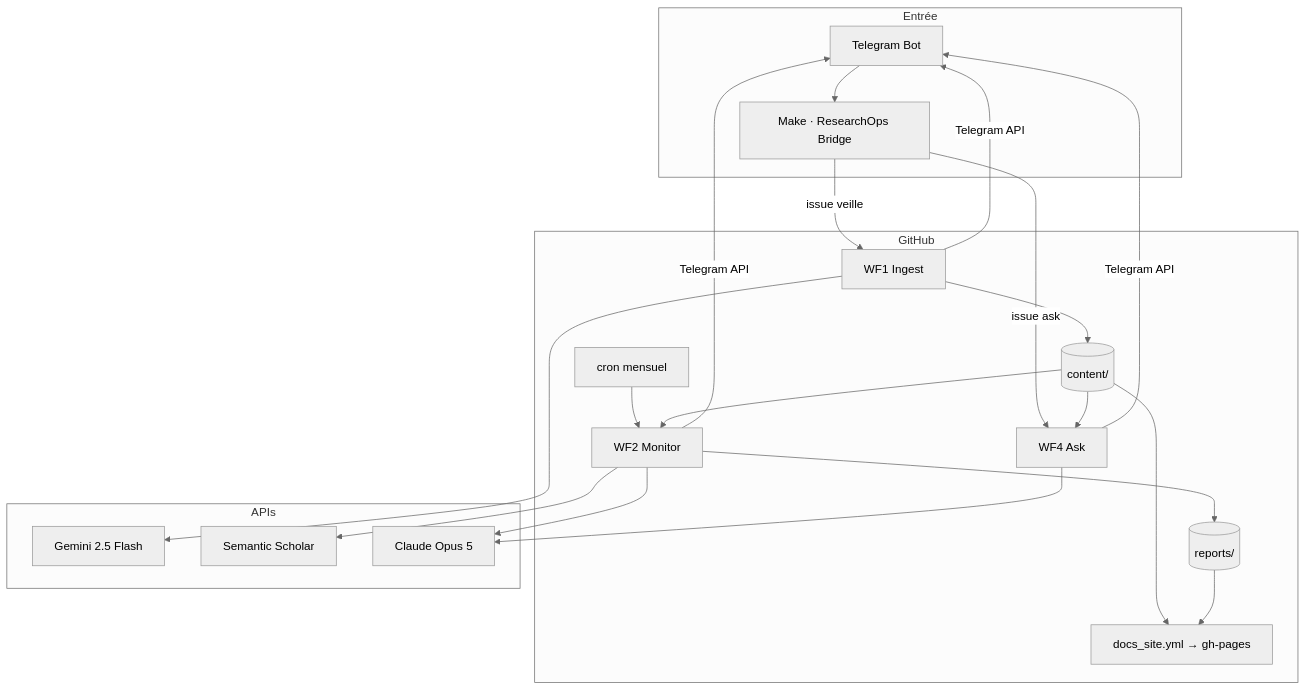
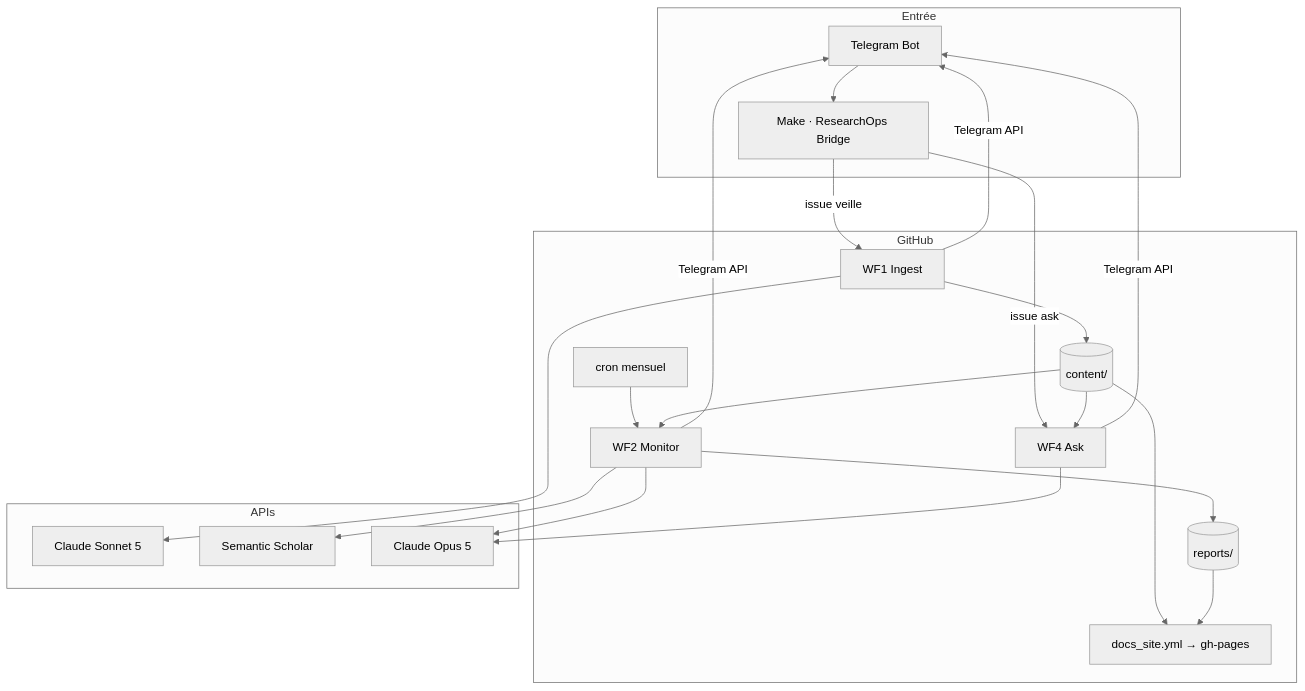
One commit to yajeddig/ResearchOps changed the diagram in context/specification.md. Above: the diagram before and after it, drawn with Mermaid (neutral theme). The commit also changed other lines of this file and 11 other files, not shown here.

````diff
--- a/context/specification.md
+++ b/context/specification.md
@@ -24,24 +24,24 @@
 ```mermaid
 graph TB
     subgraph Entrée
         TG[Telegram Bot] --> MK[Make · ResearchOps Bridge]
     end
     subgraph "GitHub"
         MK -->|issue veille| WF1[WF1 Ingest]
         MK -->|issue ask| WF4[WF4 Ask]
         CRON[cron mensuel] --> WF2[WF2 Monitor]
         WF1 --> C[(content/)]
         WF2 --> R[(reports/)]
         C --> WF2
         C --> WF4
         C --> SITE[docs_site.yml → gh-pages]
         R --> SITE
     end
     subgraph "APIs"
-        WF1 --> GEM[Gemini 2.5 Flash]
+        WF1 --> CLS[Claude Sonnet 5]
         WF2 --> S2[Semantic Scholar]
         WF2 --> CL[Claude Opus 5]
         WF4 --> CL
     end
     WF1 & WF2 & WF4 -->|Telegram API| TG
 ```
````
